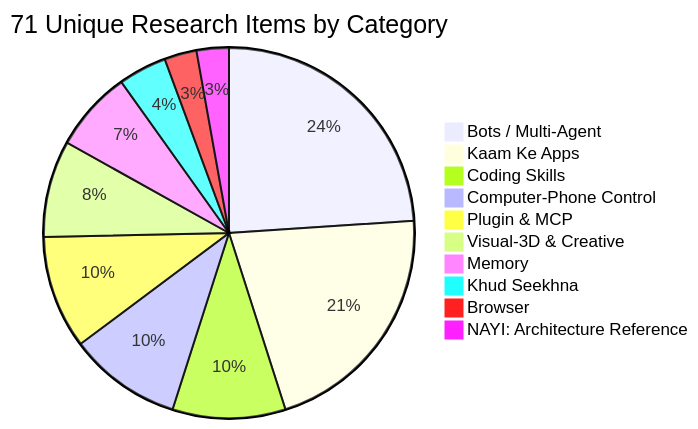
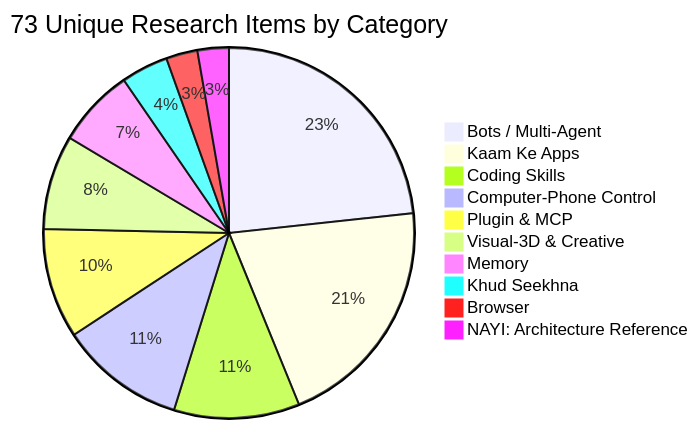
Before and after one commit to amar175329-web/jarvis-research-71-items: the diagram in 00_INVENTORY.md, drawn with Mermaid. The commit also changed other lines of this file and 8 other files, not shown here.

````diff
--- a/00_INVENTORY.md
+++ b/00_INVENTORY.md
@@ -137,13 +139,13 @@
 ```mermaid
-pie title 71 Unique Research Items by Category
+pie title 73 Unique Research Items by Category
     "Bots / Multi-Agent" : 17
     "Kaam Ke Apps" : 15
-    "Coding Skills" : 7
-    "Computer-Phone Control" : 7
+    "Coding Skills" : 8
+    "Computer-Phone Control" : 8
     "Plugin & MCP" : 7
     "Visual-3D & Creative" : 6
     "Memory" : 5
     "Khud Seekhna" : 3
     "Browser" : 2
     "NAYI: Architecture Reference" : 2
 ```
````
